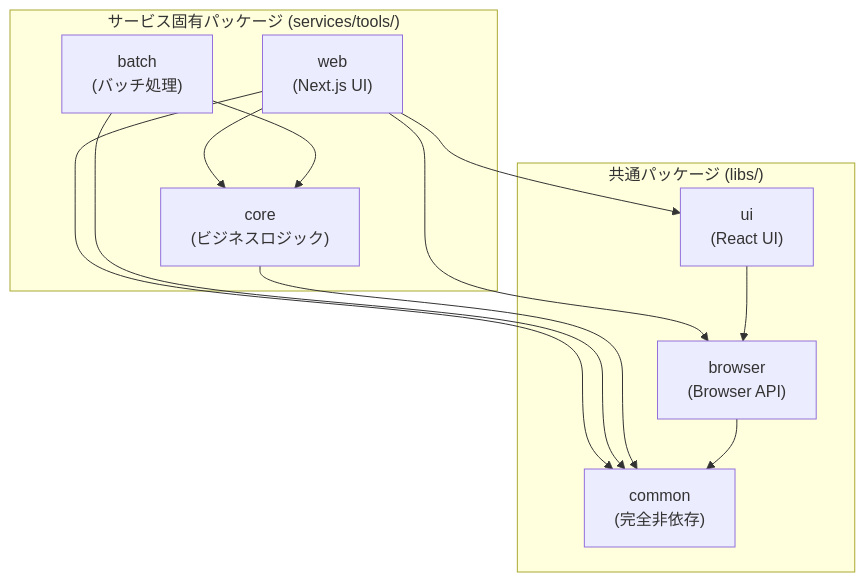
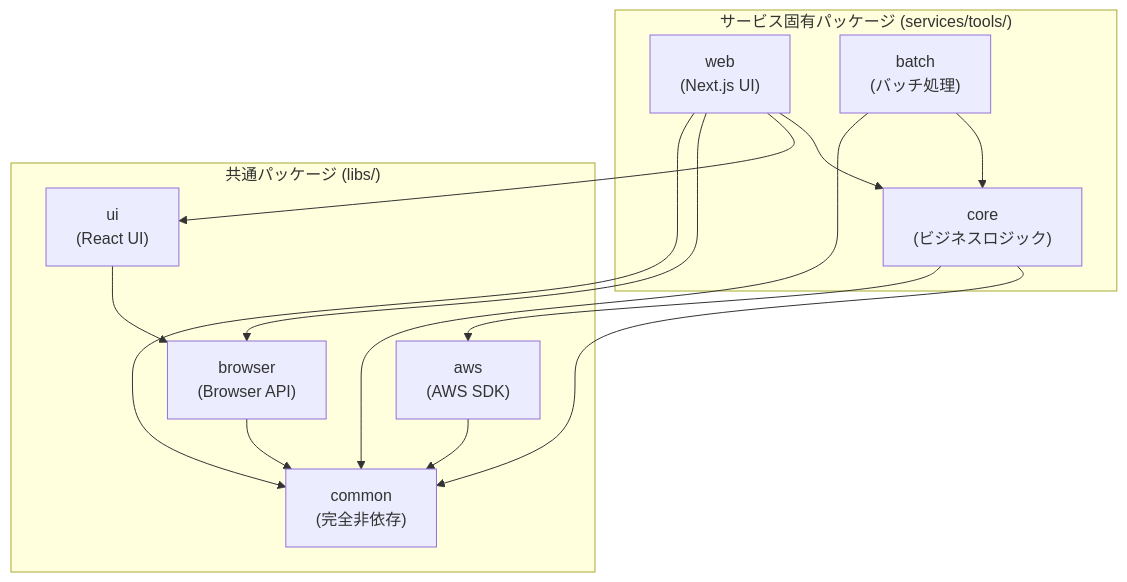
The diagram in docs/development/shared-libraries.md (nagiyu/nagiyu-platform), drawn with Mermaid before and after one commit. The commit also changed other lines of this file and 2 other files, not shown here.

Commit message:
Add @nagiyu/common dependency to libs/aws and update documentation

````diff
--- a/docs/development/shared-libraries.md
+++ b/docs/development/shared-libraries.md
@@ -85,27 +87,30 @@
 ```mermaid
 flowchart TB
     subgraph services["サービス固有パッケージ (services/tools/)"]
         web["web<br/>(Next.js UI)"]
         core["core<br/>(ビジネスロジック)"]
         batch["batch<br/>(バッチ処理)"]
     end
 
     subgraph libs["共通パッケージ (libs/)"]
         ui["ui<br/>(React UI)"]
         browser["browser<br/>(Browser API)"]
+        aws["aws<br/>(AWS SDK)"]
         common["common<br/>(完全非依存)"]
     end
 
     web --> core
     web --> ui
     web --> browser
     web --> common
 
     batch --> core
     batch --> common
 
     core --> common
+    core --> aws
 
     ui --> browser
     browser --> common
+    aws --> common
 ```
````
